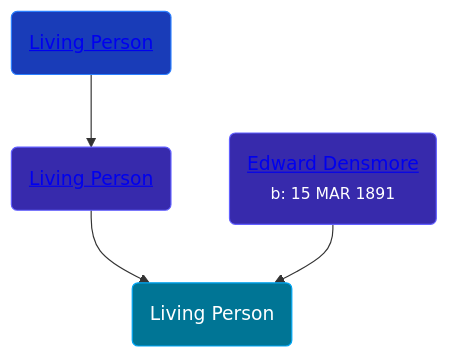
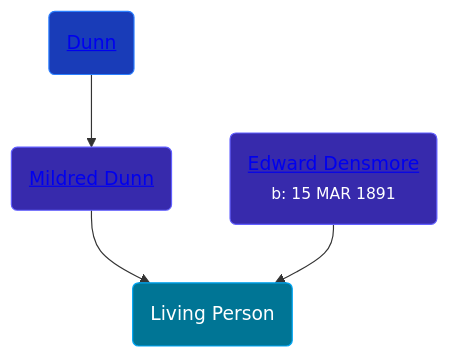
One commit to wpmgotkh/wpmgotkh.github.io changed the diagram in pages/people/2/22927641.md. Above: the diagram before and after it, drawn with Mermaid. The commit also changed other lines of this file and 586 other files, not shown here.

Commit message:
feat: better shouldConsiderPersonLiving algo

````diff
--- a/pages/people/2/22927641.md
+++ b/pages/people/2/22927641.md
@@ -10,10 +10,10 @@
 ```mermaid
 graph
 classDef grands fill:#193cb8,stroke:#2b7fff,stroke-width:1px,color:#fff;
 classDef parents fill:#372aac,stroke:#615fff,stroke-width:1px,color:#fff;
 classDef primary fill:#007595,stroke:#00a6f4,stroke-width:1px,color:#fff;
 22927641(Living Person):::primary
-7869963(<a class="text-white" href="/people/7/7869963">Living Person</a>):::parents-->22927641
-14066328(<a class="text-white" href="/people/1/14066328">Living Person</a>):::grands-->7869963
+7869963(<a class="text-white" href="/people/7/7869963">Mildred Dunn</a>):::parents-->22927641
+14066328(<a class="text-white" href="/people/1/14066328">Dunn</a>):::grands-->7869963
 75117844(<a class="text-white" href="/people/7/75117844">Edward Densmore</a><br /><small>b: 15 MAR 1891</small>):::parents-->22927641
 ```
````
